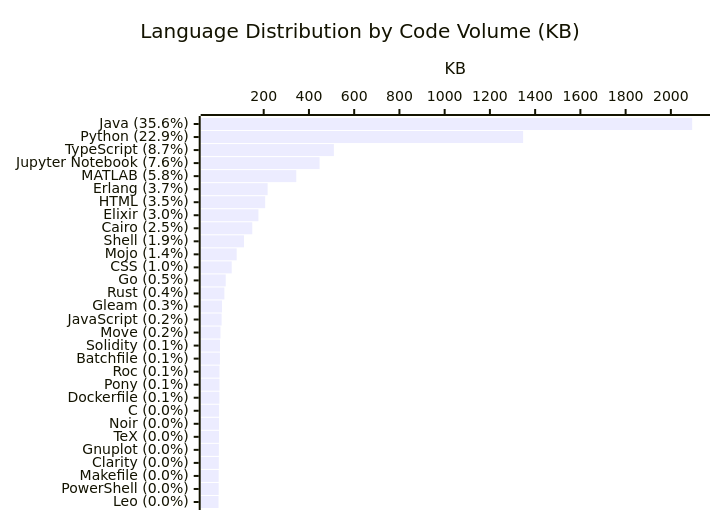
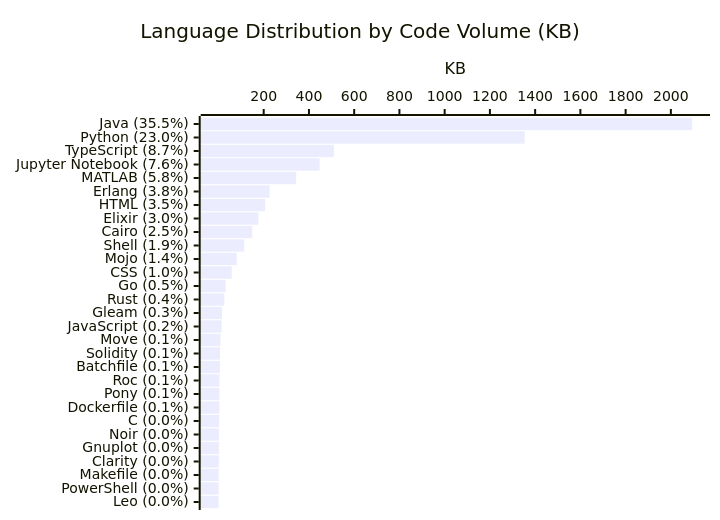
Before and after one commit to KathiraveluLab/.github: the diagram in profile/README.md, drawn with Mermaid. The commit also changed other lines of this file and 1 other file, not shown here.

````diff
--- a/profile/README.md
+++ b/profile/README.md
@@ -65,7 +65,7 @@
 ```mermaid
 xychart-beta horizontal
     title "Language Distribution by Code Volume (KB)"
-    x-axis ["Java (35.6%)", "Python (22.9%)", "TypeScript (8.7%)", "Jupyter Notebook (7.6%)", "MATLAB (5.8%)", "Erlang (3.7%)", "HTML (3.5%)", "Elixir (3.0%)", "Cairo (2.5%)", "Shell (1.9%)", "Mojo (1.4%)", "CSS (1.0%)", "Go (0.5%)", "Rust (0.4%)", "Gleam (0.3%)", "JavaScript (0.2%)", "Move (0.2%)", "Solidity (0.1%)", "Batchfile (0.1%)", "Roc (0.1%)", "Pony (0.1%)", "Dockerfile (0.1%)", "C (0.0%)", "Noir (0.0%)", "TeX (0.0%)", "Gnuplot (0.0%)", "Clarity (0.0%)", "Makefile (0.0%)", "PowerShell (0.0%)", "Leo (0.0%)"]
+    x-axis ["Java (35.5%)", "Python (23.0%)", "TypeScript (8.7%)", "Jupyter Notebook (7.6%)", "MATLAB (5.8%)", "Erlang (3.8%)", "HTML (3.5%)", "Elixir (3.0%)", "Cairo (2.5%)", "Shell (1.9%)", "Mojo (1.4%)", "CSS (1.0%)", "Go (0.5%)", "Rust (0.4%)", "Gleam (0.3%)", "JavaScript (0.2%)", "Move (0.1%)", "Solidity (0.1%)", "Batchfile (0.1%)", "Roc (0.1%)", "Pony (0.1%)", "Dockerfile (0.1%)", "C (0.0%)", "Noir (0.0%)", "Gnuplot (0.0%)", "Clarity (0.0%)", "Makefile (0.0%)", "PowerShell (0.0%)", "Leo (0.0%)"]
     y-axis "KB"
-    bar [2094.22, 1346.92, 510.29, 446.9, 343.93, 217.38, 206.6, 176.6, 149.42, 113.05, 80.48, 58.73, 32.03, 26.08, 15.66, 13.89, 8.83, 6.65, 6.48, 4.5, 4.41, 4.0, 2.58, 2.46, 2.29, 1.82, 1.53, 1.02, 1.02, 0.27]
+    bar [2094.22, 1353.79, 510.29, 446.9, 343.93, 226.25, 206.6, 176.6, 149.42, 113.85, 80.48, 58.73, 32.03, 26.08, 15.66, 13.89, 8.83, 6.65, 6.48, 4.5, 4.41, 4.0, 2.58, 2.46, 1.82, 1.53, 1.02, 1.02, 0.27]
 ```
````
